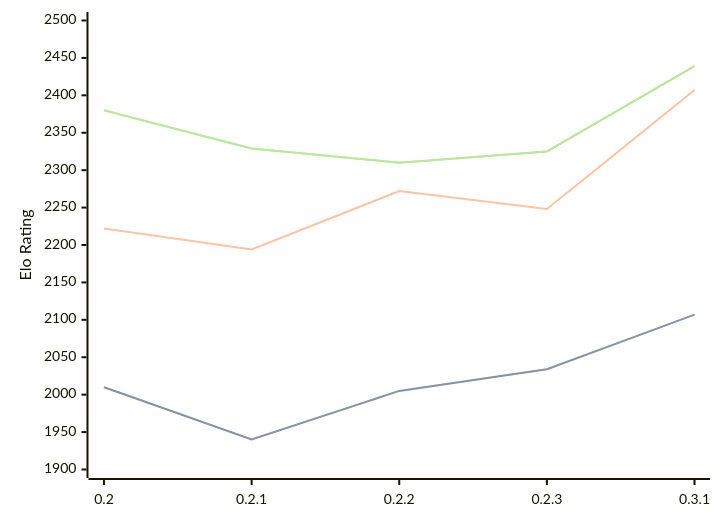
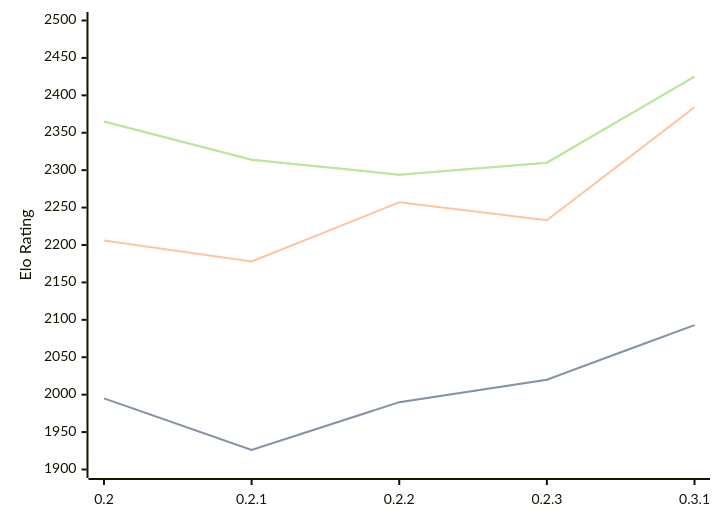
Before and after one commit to computer-chess-index/cci: the diagram in engines/Lolbot.md, drawn with Mermaid. The commit also changed other lines of this file, not shown here.

Commit message:
Update CCI Ratings (ELO VLTC) - 2026-05-20

````diff
--- a/engines/Lolbot.md
+++ b/engines/Lolbot.md
@@ -36,11 +36,11 @@
 ```mermaid
 %%{init: {"theme":"base","themeVariables":{"seriesColors:['#a3a3a3','#222221','#faa371']}}}%%
 xychart-beta
   x-axis ["0.2", "0.2.1", "0.2.2", "0.2.3", "0.3.1"]
   y-axis "Elo Rating" 1900 --> 2500
-  line "STC (8.0+0.08s)" [2010, 1940, 2005, 2034, 2107]
-  line "STC (8.0+0.08s)" [2010, 1940, 2005, 2034, 2107]
-  line "LTC (60.0+0.60s)" [2222, 2194, 2272, 2248, 2407]
-  line "VLTC (2m24s+1.12s)" [2380, 2329, 2310, 2325, 2439]
-  line "VLTC (2m24s+1.12s)" [2380, 2329, 2310, 2325, 2439]
+  line "STC (8.0+0.08s)" [1995, 1926, 1990, 2020, 2093]
+  line "STC (8.0+0.08s)" [1995, 1926, 1990, 2020, 2093]
+  line "LTC (60.0+0.60s)" [2206, 2178, 2257, 2233, 2384]
+  line "VLTC (2m24s+1.12s)" [2365, 2314, 2294, 2310, 2425]
+  line "VLTC (2m24s+1.12s)" [2365, 2314, 2294, 2310, 2425]
 ```
````
